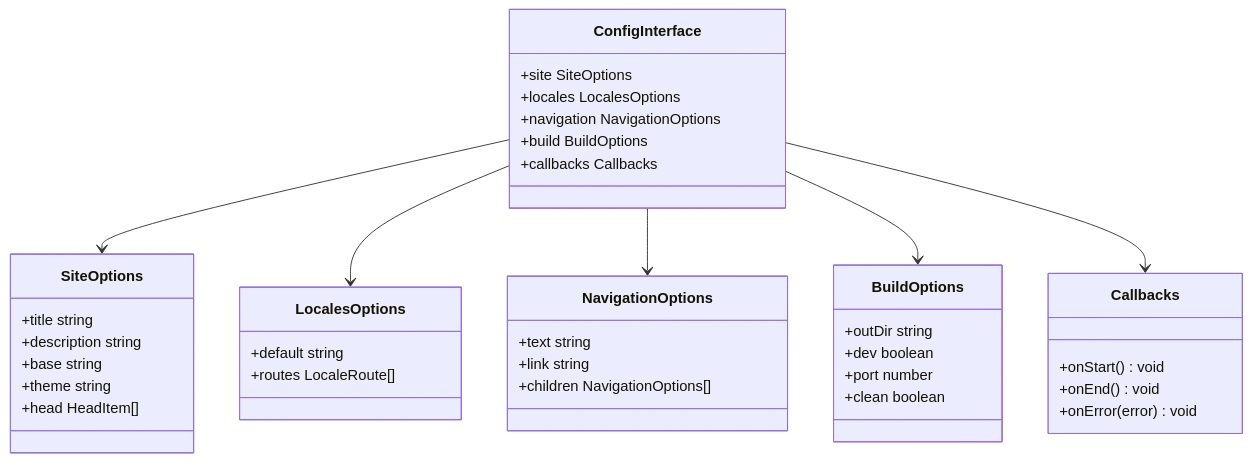
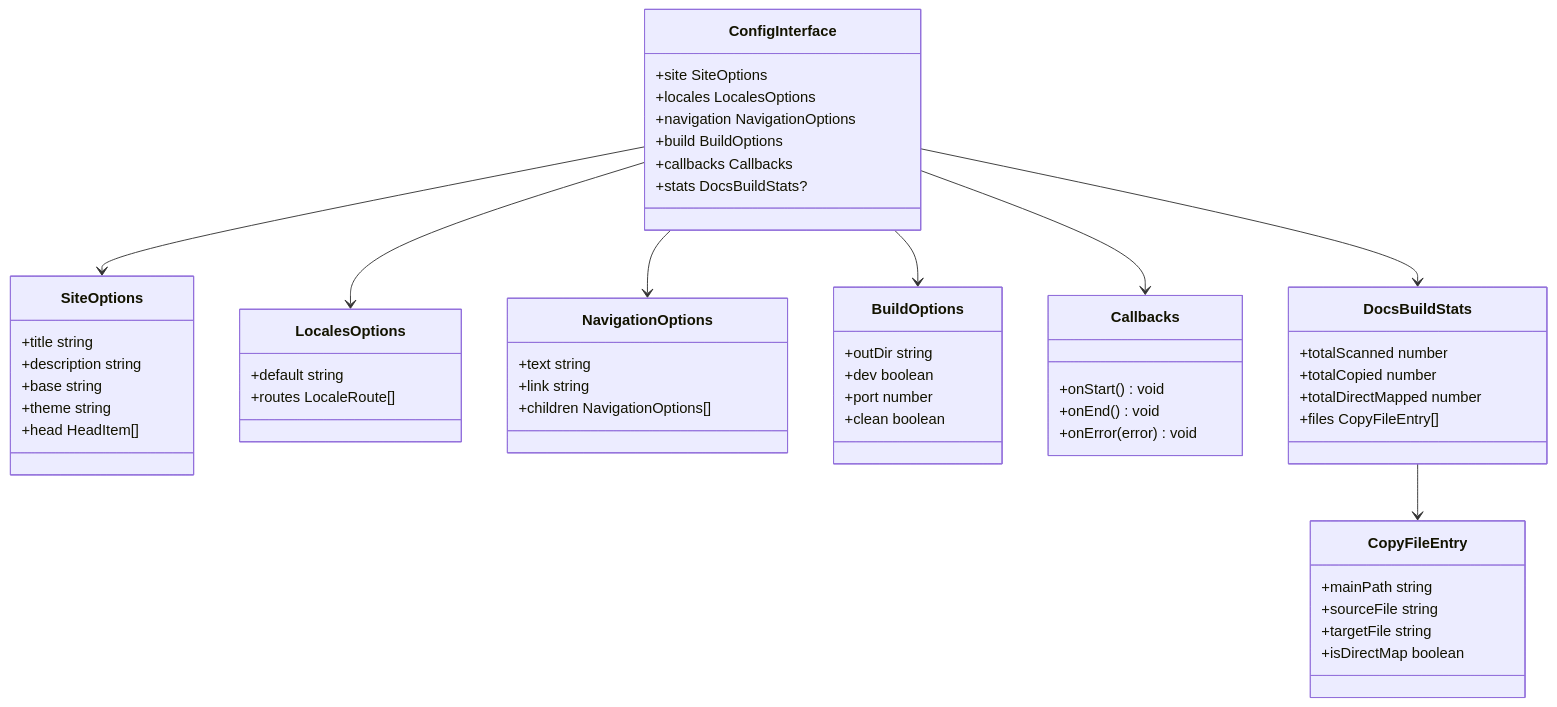
Before and after one commit to hz-9/tool-nx: the third of 5 diagrams in .qoder/repowiki/zh/content/API参考/文档构建工具API/文档构建工具API.md, drawn with Mermaid. The commit also changed other lines of this file and 27 other files, not shown here.

````diff
--- a/.qoder/repowiki/zh/content/API参考/文档构建工具API/文档构建工具API.md
+++ b/.qoder/repowiki/zh/content/API参考/文档构建工具API/文档构建工具API.md
@@ -195,42 +221,57 @@
 ```mermaid
 classDiagram
 class ConfigInterface {
 +site SiteOptions
 +locales LocalesOptions
 +navigation NavigationOptions
 +build BuildOptions
 +callbacks Callbacks
++stats DocsBuildStats?
 }
 class SiteOptions {
 +title string
 +description string
 +base string
 +theme string
 +head HeadItem[]
 }
 class LocalesOptions {
 +default string
 +routes LocaleRoute[]
 }
 class NavigationOptions {
 +text string
 +link string
 +children NavigationOptions[]
 }
 class BuildOptions {
 +outDir string
 +dev boolean
 +port number
 +clean boolean
 }
 class Callbacks {
 +onStart() void
 +onEnd() void
 +onError(error) void
 }
+class CopyFileEntry {
++mainPath string
++sourceFile string
++targetFile string
++isDirectMap boolean
+}
+class DocsBuildStats {
++totalScanned number
++totalCopied number
++totalDirectMapped number
++files CopyFileEntry[]
+}
 ConfigInterface --> SiteOptions
 ConfigInterface --> LocalesOptions
 ConfigInterface --> NavigationOptions
 ConfigInterface --> BuildOptions
 ConfigInterface --> Callbacks
+ConfigInterface --> DocsBuildStats
+DocsBuildStats --> CopyFileEntry
 ```
````
